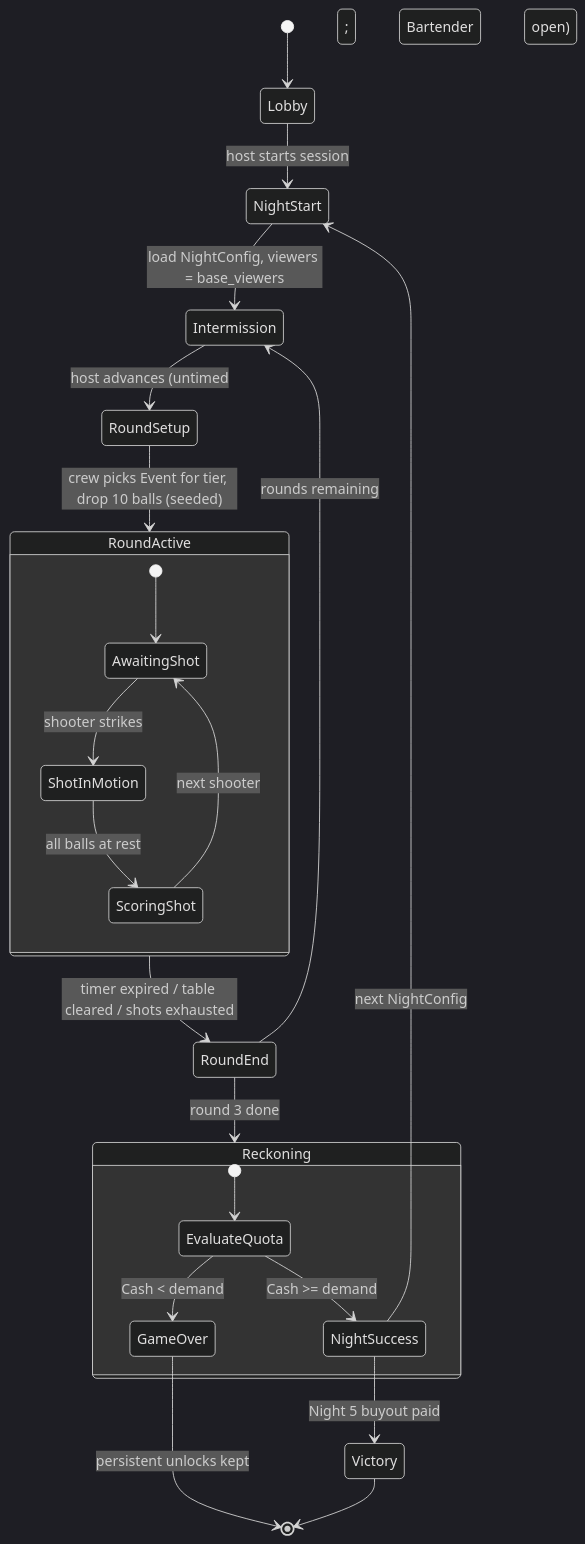
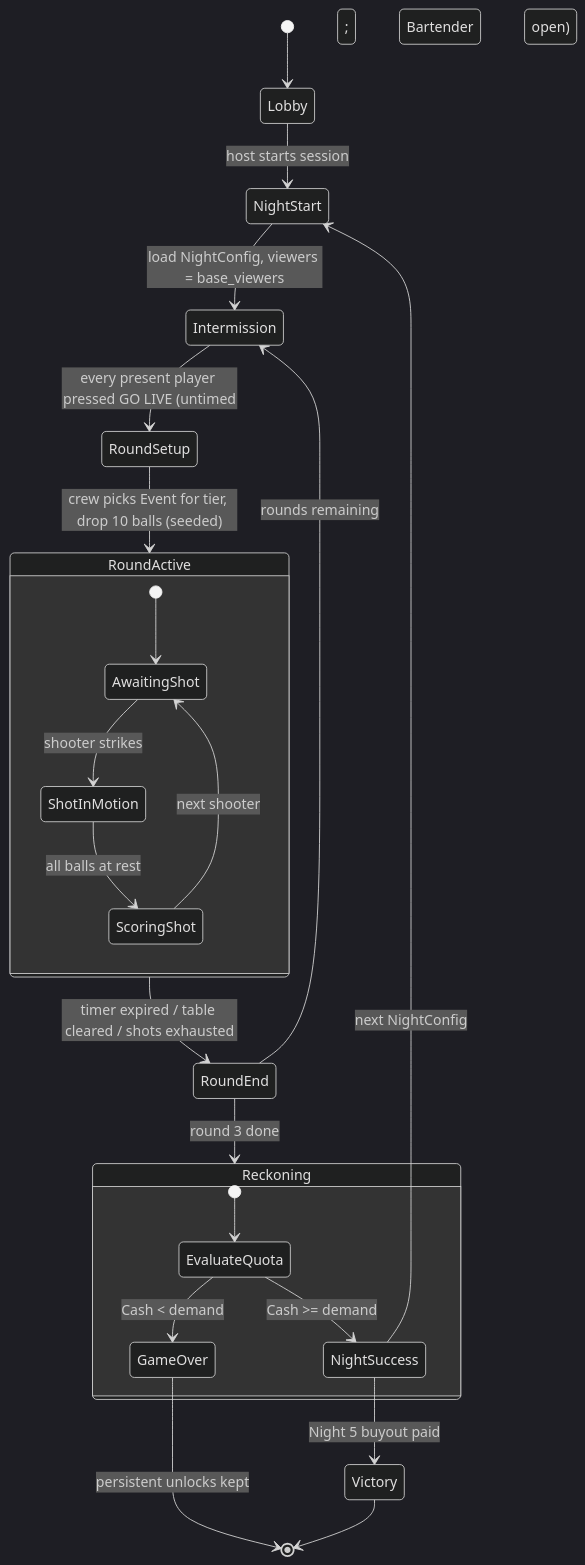
The diagram in docs/plan/02-economy-loop.md (Cleans3/absolute-billiard), drawn with Mermaid (dark theme) before and after one commit. The commit also changed other lines of this file and 44 other files, not shown here.

First line of the commit message:
flow: GO LIVE pedestal, no Intermission screen, lobby cancel/leave, threaded loading screen, worded waits

````diff
--- a/docs/plan/02-economy-loop.md
+++ b/docs/plan/02-economy-loop.md
@@ -77,30 +77,30 @@
 ```mermaid
 stateDiagram-v2
     [*] --> Lobby
     Lobby --> NightStart: host starts session
     NightStart --> Intermission: load NightConfig, viewers = base_viewers
-    Intermission --> RoundSetup: host advances (untimed; Bartender open)
+    Intermission --> RoundSetup: every present player pressed GO LIVE (untimed; Bartender open)
     RoundSetup --> RoundActive: crew picks Event for tier, drop 10 balls (seeded)
 
     state RoundActive {
         [*] --> AwaitingShot
         AwaitingShot --> ShotInMotion: shooter strikes
         ShotInMotion --> ScoringShot: all balls at rest
         ScoringShot --> AwaitingShot: next shooter
     }
 
     RoundActive --> RoundEnd: timer expired / table cleared / shots exhausted
     RoundEnd --> Intermission: rounds remaining
     RoundEnd --> Reckoning: round 3 done
 
     state Reckoning {
         [*] --> EvaluateQuota
         EvaluateQuota --> NightSuccess: Cash >= demand
         EvaluateQuota --> GameOver: Cash < demand
     }
 
     NightSuccess --> Victory: Night 5 buyout paid
     NightSuccess --> NightStart: next NightConfig
     GameOver --> [*]: persistent unlocks kept
     Victory --> [*]
 ```
````
